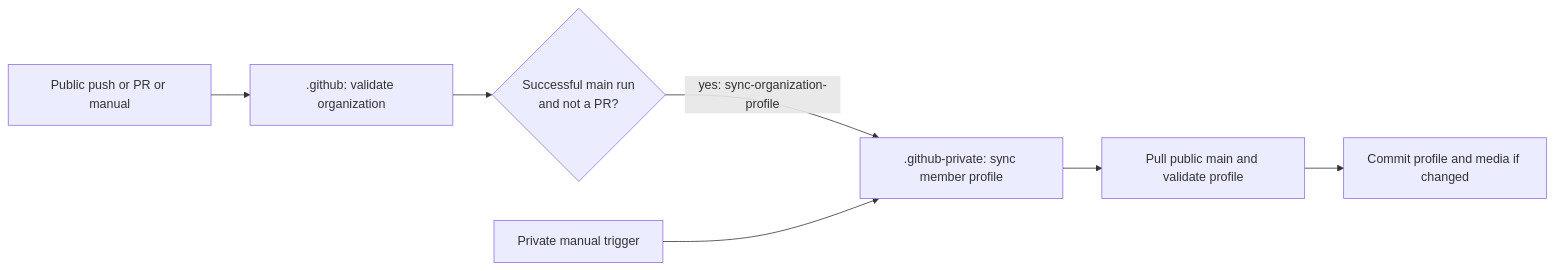
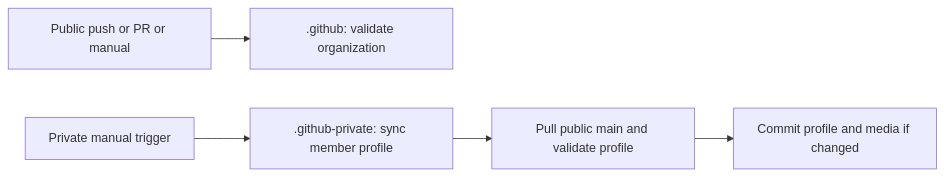
The first of 6 diagrams in docs/workflow-graph.md (SNodeC/.github), drawn with Mermaid before and after one commit. The commit also changed other lines of this file and 5 other files, not shown here.

````diff
--- a/docs/workflow-graph.md
+++ b/docs/workflow-graph.md
@@ -50,9 +50,7 @@
 ```mermaid
 flowchart LR
     Change[Public push or PR or manual] --> Check[.github: validate organization]
-    Check --> Guard{Successful main run\nand not a PR?}
-    Guard -->|yes: sync-organization-profile| Member[.github-private: sync member profile]
-    Manual[Private manual trigger] --> Member
+    Manual[Private manual trigger] --> Member[.github-private: sync member profile]
     Member --> Pull[Pull public main and validate profile]
     Pull --> Commit[Commit profile and media if changed]
 ```
````
